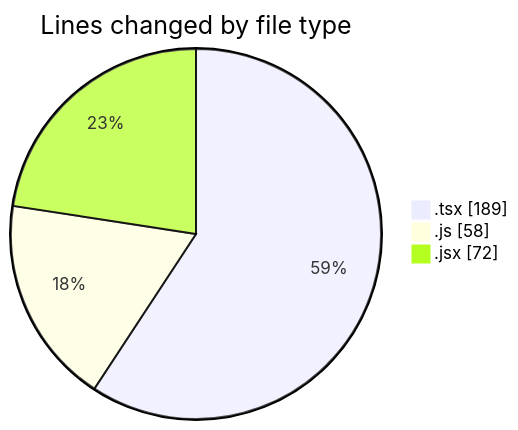
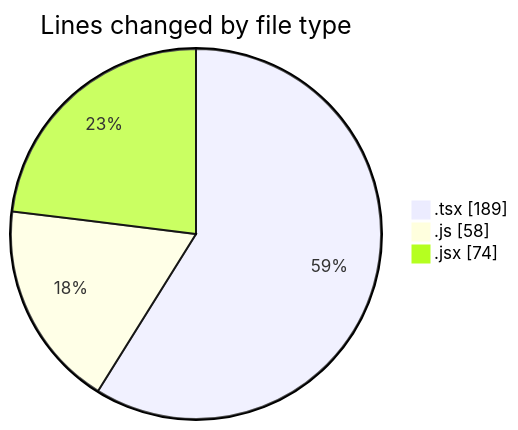
Before and after one commit to momahboobian/code-tracking: the first of 2 diagrams in 2025-05-08/cda/README.md, drawn with Mermaid. The commit also changed other lines of this file and 1 other file, not shown here.

````diff
--- a/2025-05-08/cda/README.md
+++ b/2025-05-08/cda/README.md
@@ -22,7 +22,7 @@
 ```mermaid
 pie showData
 title Lines changed by file type
 ".tsx" : 189
 ".js" : 58
-".jsx" : 72
+".jsx" : 74
 ```
````
